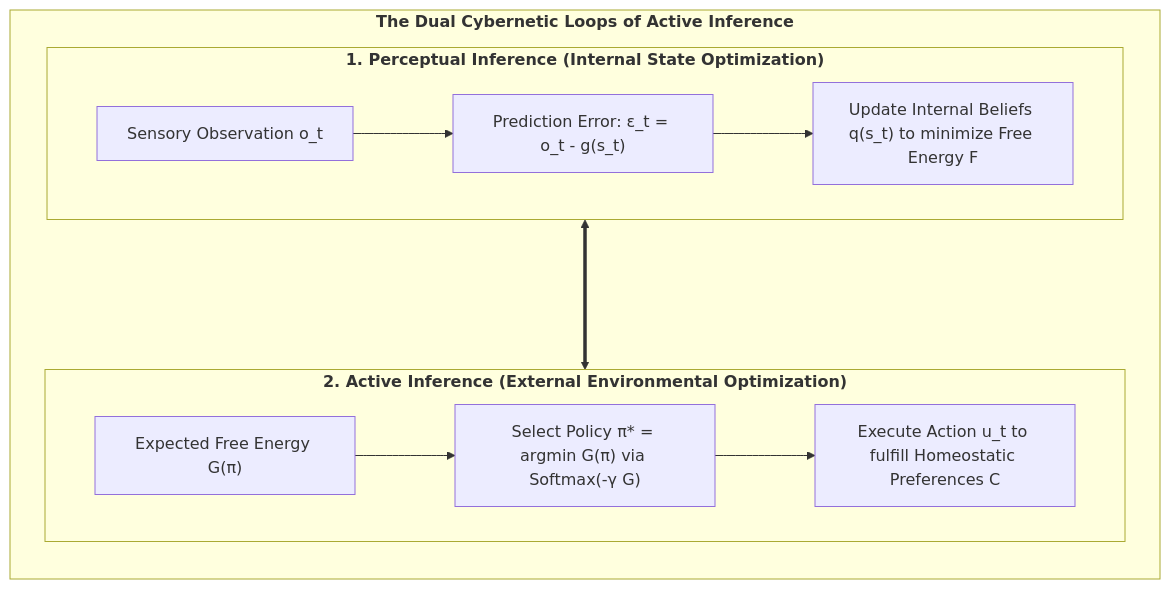
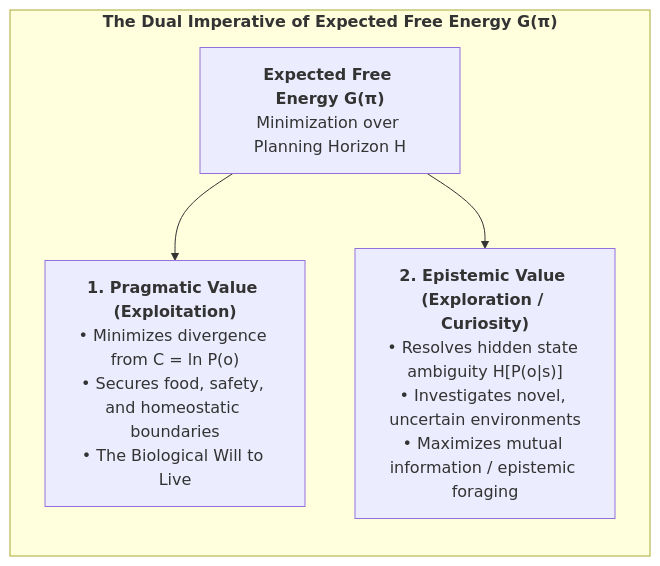
One commit to Thriebl/active-inference-phi-network changed the sixth of 7 diagrams in book/manuscript_en/02_cybernetic_engine_free_energy_principle.md. Above: the diagram before and after it, drawn with Mermaid. The commit also changed other lines of this file and 19 other files, not shown here.

````diff
--- a/book/manuscript_en/02_cybernetic_engine_free_energy_principle.md
+++ b/book/manuscript_en/02_cybernetic_engine_free_energy_principle.md
@@ -43,18 +238,15 @@
 ```mermaid
 flowchart TD
-    subgraph DUAL_LOOPS["<b>The Dual Cybernetic Loops of Active Inference</b>"]
+    subgraph EFE_BALANCE["<b>The Dual Imperative of Expected Free Energy G(π)</b>"]
         direction TB
         
-        subgraph PERCEPTION["<b>1. Perceptual Inference (Internal State Optimization)</b>"]
-            P1["Sensory Observation o_t"] --> P2["Prediction Error: ε_t = o_t - g(s_t)"]
-            P2 --> P3["Update Internal Beliefs q(s_t) to minimize Free Energy F"]
-        end
+        G_TOTAL["<b>Expected Free Energy G(π)</b><br>Minimization over Planning Horizon H"]
         
-        subgraph ACTION["<b>2. Active Inference (External Environmental Optimization)</b>"]
-            A1["Expected Free Energy G(π)"] --> A2["Select Policy π* = argmin G(π) via Softmax(-γ G)"]
-            A2 --> A3["Execute Action u_t to fulfill Homeostatic Preferences C"]
-        end
+        PRAGMATIC["<b>1. Pragmatic Value (Exploitation)</b><br>• Minimizes divergence from C = ln P(o)<br>• Secures food, safety, and homeostatic boundaries<br>• The Biological Will to Live"]
         
-        PERCEPTION <===> ACTION
+        EPISTEMIC["<b>2. Epistemic Value (Exploration / Curiosity)</b><br>• Resolves hidden state ambiguity H[P(o|s)]<br>• Investigates novel, uncertain environments<br>• Maximizes mutual information / epistemic foraging"]
+        
+        G_TOTAL --> PRAGMATIC
+        G_TOTAL --> EPISTEMIC
     end
 ```
````
